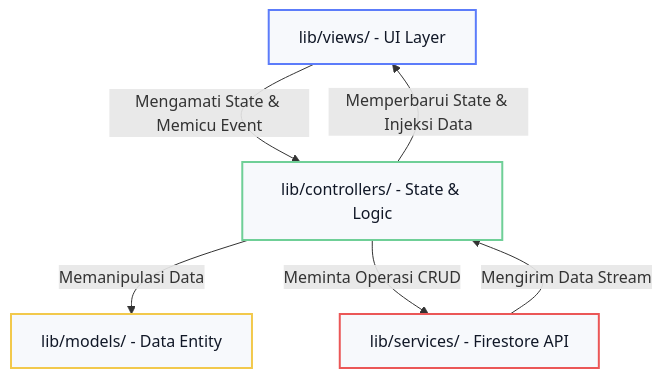
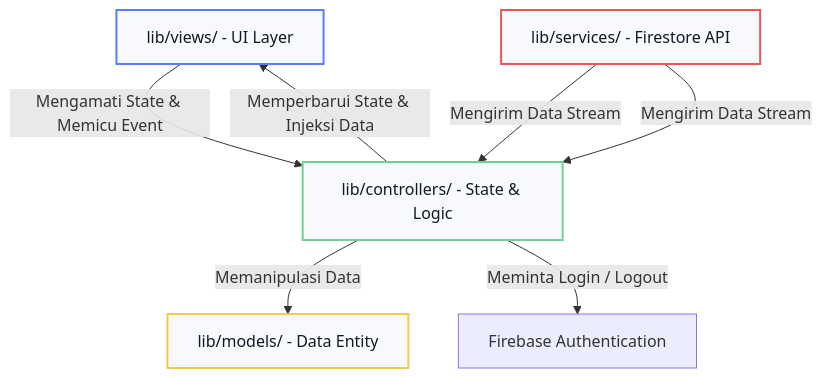
One commit to aldosebastian1/projectku-app changed the diagram in documentation/PORTFOLIO_CASE_STUDY.md. Above: the diagram before and after it, drawn with Mermaid. The commit also changed other lines of this file, not shown here.

Commit message:
Perbarui dokumentasi: tambahkan informasi tentang autentikasi Firebase dan perbarui penjelasan layanan

````diff
--- a/documentation/PORTFOLIO_CASE_STUDY.md
+++ b/documentation/PORTFOLIO_CASE_STUDY.md
@@ -39,19 +40,20 @@
 ```mermaid
 graph TD
     %% Definisi Gaya
     style View fill:#F7F9FC,stroke:#5C7CFA,stroke-width:2px,color:#111827
     style Controller fill:#F7F9FC,stroke:#6FCF97,stroke-width:2px,color:#111827
     style Model fill:#F7F9FC,stroke:#F2C94C,stroke-width:2px,color:#111827
     style Service fill:#F7F9FC,stroke:#EB5757,stroke-width:2px,color:#111827
 
     View[lib/views/ - UI Layer]
     Controller[lib/controllers/ - State & Logic]
     Model[lib/models/ - Data Entity]
     Service[lib/services/ - Firestore API]
 
     View -->|Mengamati State & Memicu Event| Controller
     Controller -->|Memperbarui State & Injeksi Data| View
     Controller -->|Memanipulasi Data| Model
-    Controller -->|Meminta Operasi CRUD| Service
+        Controller -->|Meminta Login / Logout| Auth[Firebase Authentication]
+        Service -->|Mengirim Data Stream| Controller
     Service -->|Mengirim Data Stream| Controller
 ```
````
